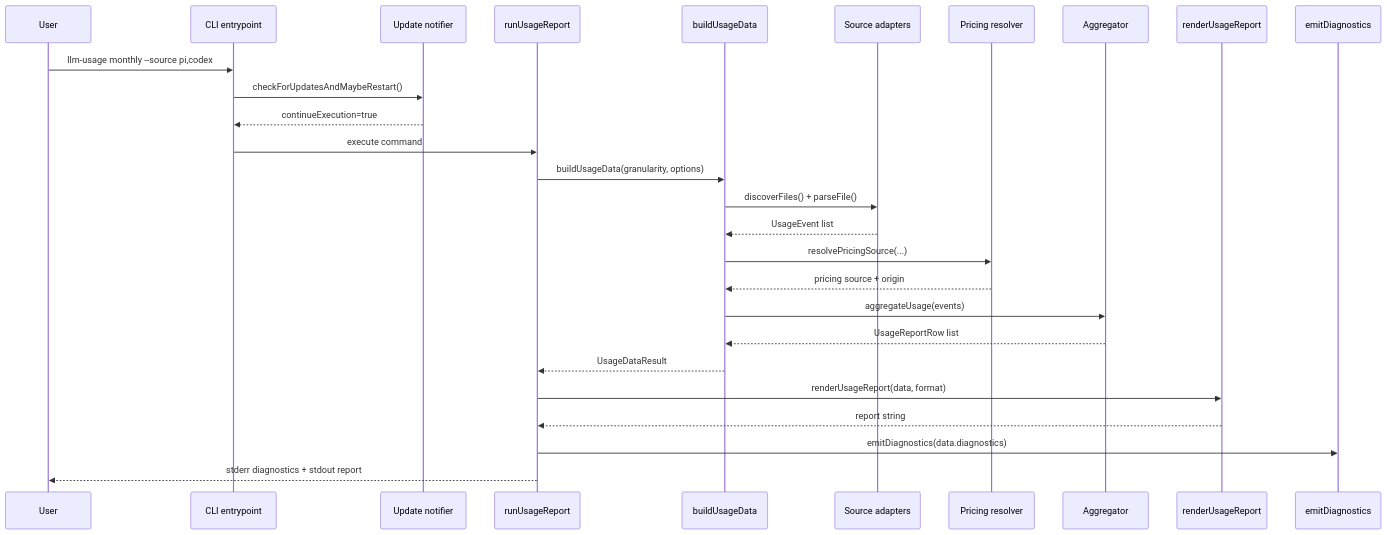
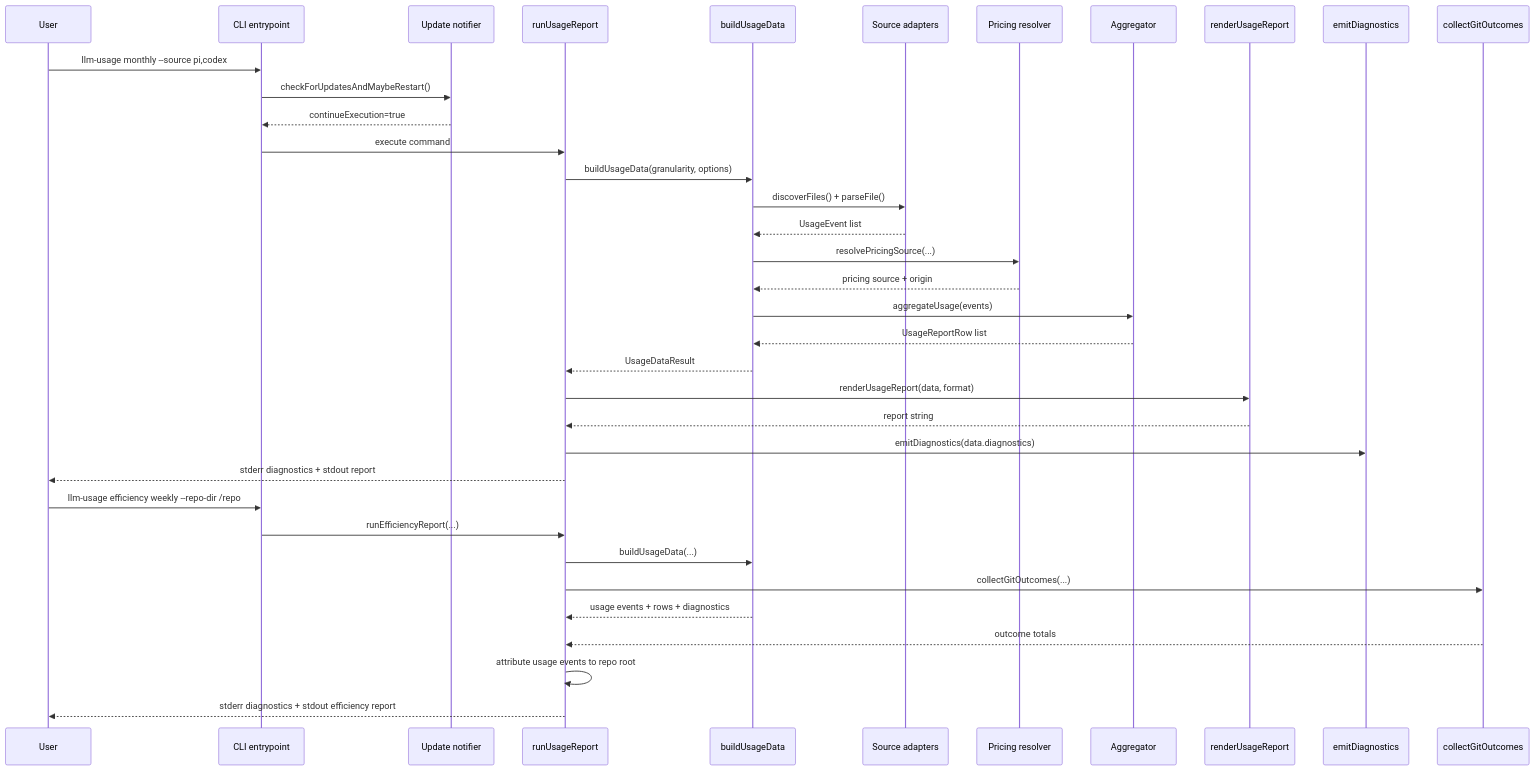
One commit to ben-vargas/ai-llm-usage-metrics changed the second of 2 diagrams in docs/architecture.md. Above: the diagram before and after it, drawn with Mermaid. The commit also changed other lines of this file and 6 other files, not shown here.

````diff
--- a/docs/architecture.md
+++ b/docs/architecture.md
@@ -41,30 +53,40 @@
 ```mermaid
 sequenceDiagram
     participant User
     participant Entry as CLI entrypoint
     participant Update as Update notifier
     participant Run as runUsageReport
     participant Build as buildUsageData
     participant Adapter as Source adapters
     participant Pricing as Pricing resolver
     participant Agg as Aggregator
     participant Render as renderUsageReport
     participant Emit as emitDiagnostics
+    participant Git as collectGitOutcomes
 
     User->>Entry: llm-usage monthly --source pi,codex
     Entry->>Update: checkForUpdatesAndMaybeRestart()
     Update-->>Entry: continueExecution=true
     Entry->>Run: execute command
     Run->>Build: buildUsageData(granularity, options)
     Build->>Adapter: discoverFiles() + parseFile()
     Adapter-->>Build: UsageEvent list
     Build->>Pricing: resolvePricingSource(...)
     Pricing-->>Build: pricing source + origin
     Build->>Agg: aggregateUsage(events)
     Agg-->>Build: UsageReportRow list
     Build-->>Run: UsageDataResult
     Run->>Render: renderUsageReport(data, format)
     Render-->>Run: report string
     Run->>Emit: emitDiagnostics(data.diagnostics)
     Run-->>User: stderr diagnostics + stdout report
+
+    User->>Entry: llm-usage efficiency weekly --repo-dir /repo
+    Entry->>Run: runEfficiencyReport(...)
+    Run->>Build: buildUsageData(...)
+    Run->>Git: collectGitOutcomes(...)
+    Build-->>Run: usage events + rows + diagnostics
+    Git-->>Run: outcome totals
+    Run->>Run: attribute usage events to repo root
+    Run-->>User: stderr diagnostics + stdout efficiency report
 ```
````
